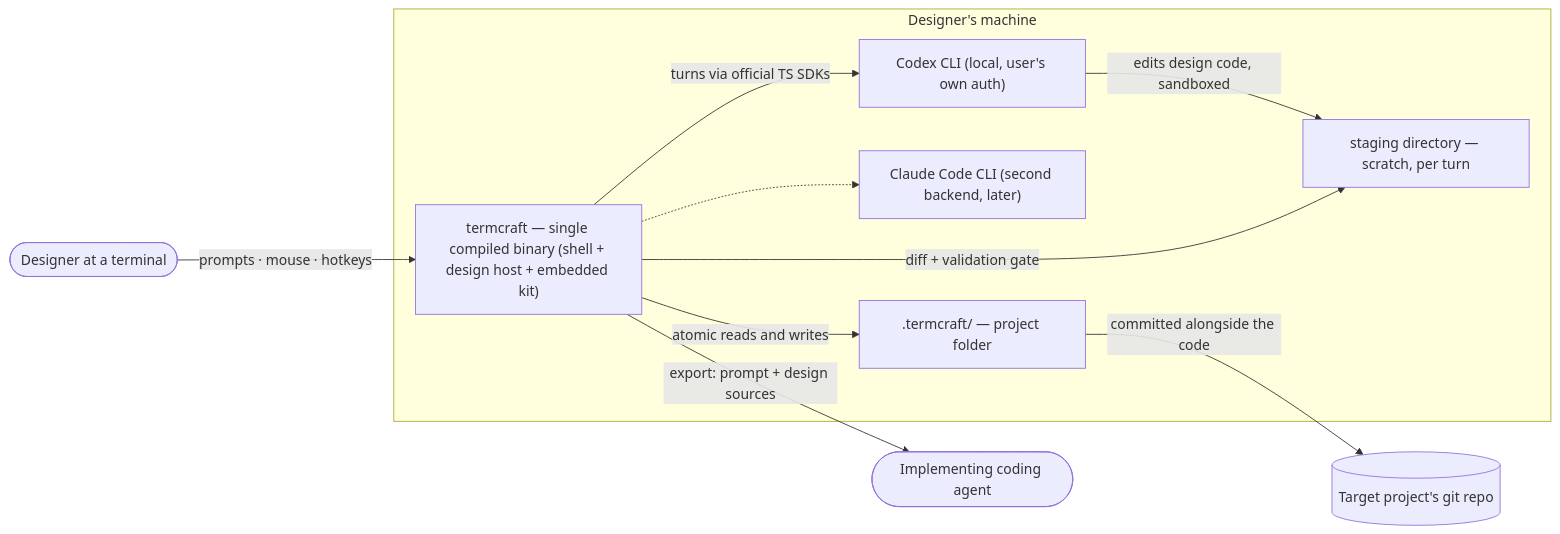
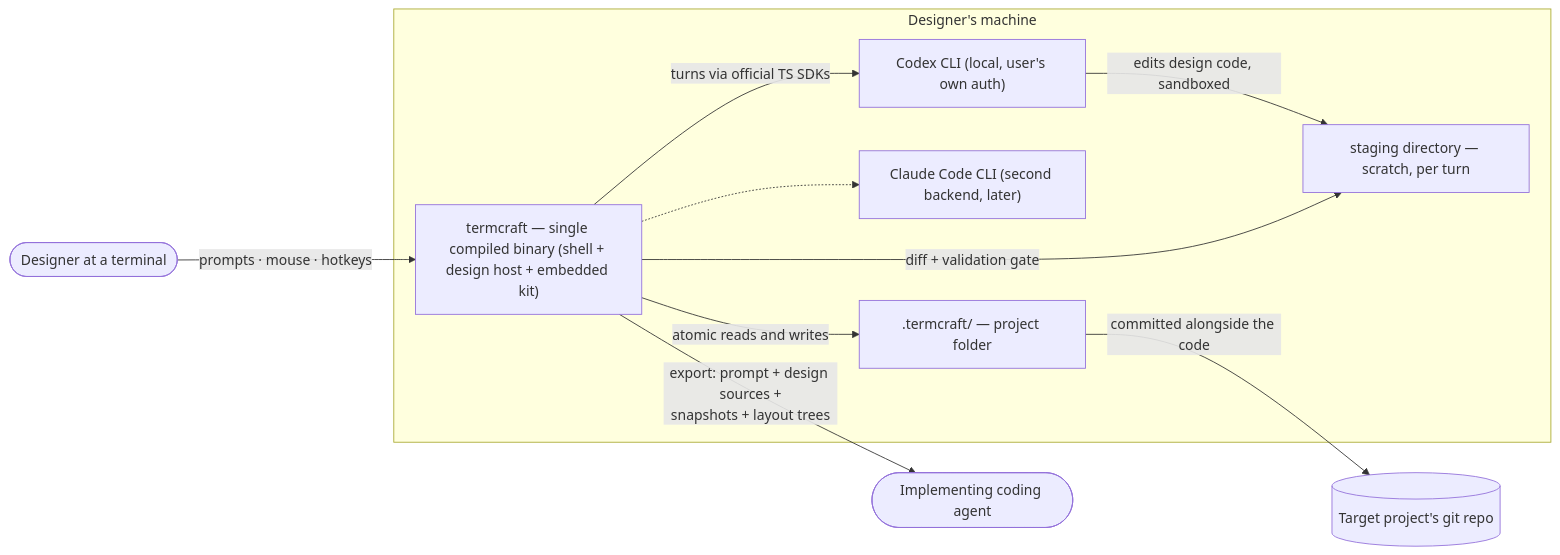
The diagram in docs/architecture/overview.md (khmilevoi/termcraft), drawn with Mermaid before and after one commit. The commit also changed other lines of this file and 5 other files, not shown here.

First line of the commit message:
docs(spec): export gains multi-size snapshots and resolved layout trees

````diff
--- a/docs/architecture/overview.md
+++ b/docs/architecture/overview.md
@@ -3,22 +3,22 @@
 ```mermaid
 flowchart LR
     designer(["Designer at a terminal"])
     coder(["Implementing coding agent"])
     subgraph machine["Designer's machine"]
         termcraft["termcraft — single compiled binary (shell + design host + embedded kit)"]
         codexcli["Codex CLI (local, user's own auth)"]
         claudecli["Claude Code CLI (second backend, later)"]
         staging["staging directory — scratch, per turn"]
         folder[".termcraft/ — project folder"]
     end
     repo[("Target project's git repo")]
 
     designer -- "prompts · mouse · hotkeys" --> termcraft
     termcraft -- "turns via official TS SDKs" --> codexcli
     termcraft -.-> claudecli
     codexcli -- "edits design code, sandboxed" --> staging
     termcraft -- "diff + validation gate" --> staging
     termcraft -- "atomic reads and writes" --> folder
     folder -- "committed alongside the code" --> repo
-    termcraft -- "export: prompt + design sources" --> coder
+    termcraft -- "export: prompt + design sources +<br/>snapshots + layout trees" --> coder
 ```
````
